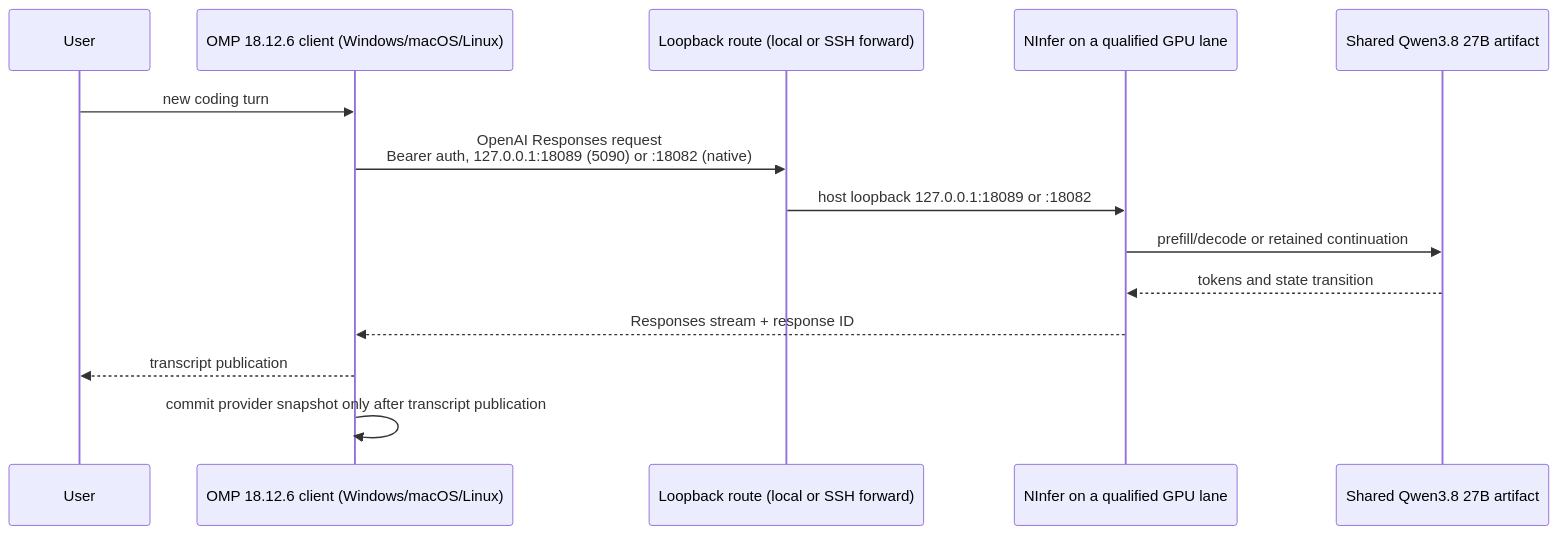
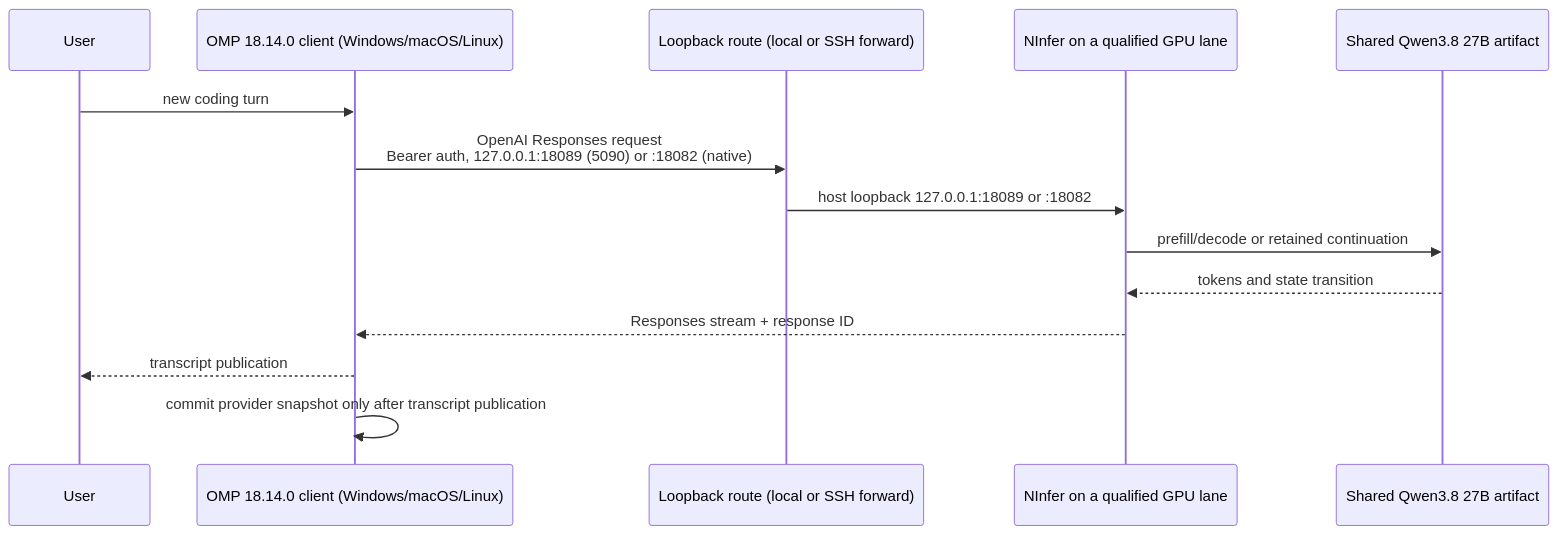
Before and after one commit to alphastorm/omp-ninfer: the diagram in docs/ARCHITECTURE.md, drawn with Mermaid. The commit also changed other lines of this file and 28 other files, not shown here.

````diff
--- a/docs/ARCHITECTURE.md
+++ b/docs/ARCHITECTURE.md
@@ -12,17 +12,17 @@
 ```mermaid
 sequenceDiagram
     participant User
-    participant OMP as OMP 18.12.6 client (Windows/macOS/Linux)
+    participant OMP as OMP 18.14.0 client (Windows/macOS/Linux)
     participant Route as Loopback route (local or SSH forward)
     participant NInfer as NInfer on a qualified GPU lane
     participant GPU as Shared Qwen3.8 27B artifact
 
     User->>OMP: new coding turn
     OMP->>Route: OpenAI Responses request<br/>Bearer auth, 127.0.0.1:18089 (5090) or :18082 (native)
     Route->>NInfer: host loopback 127.0.0.1:18089 or :18082
     NInfer->>GPU: prefill/decode or retained continuation
     GPU-->>NInfer: tokens and state transition
     NInfer-->>OMP: Responses stream + response ID
     OMP-->>User: transcript publication
     OMP->>OMP: commit provider snapshot only after transcript publication
 ```
````
